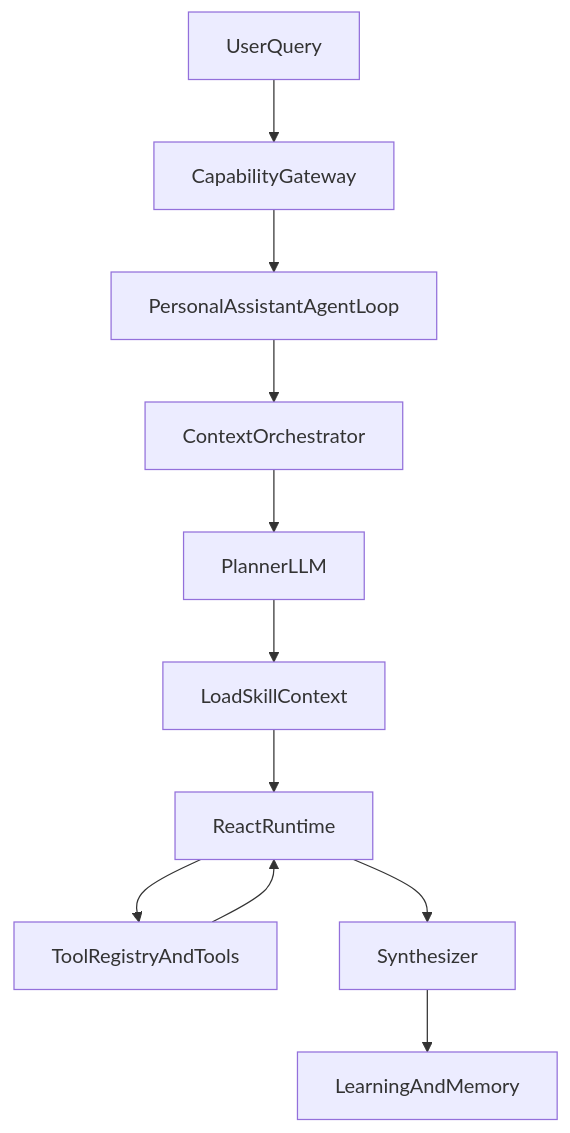
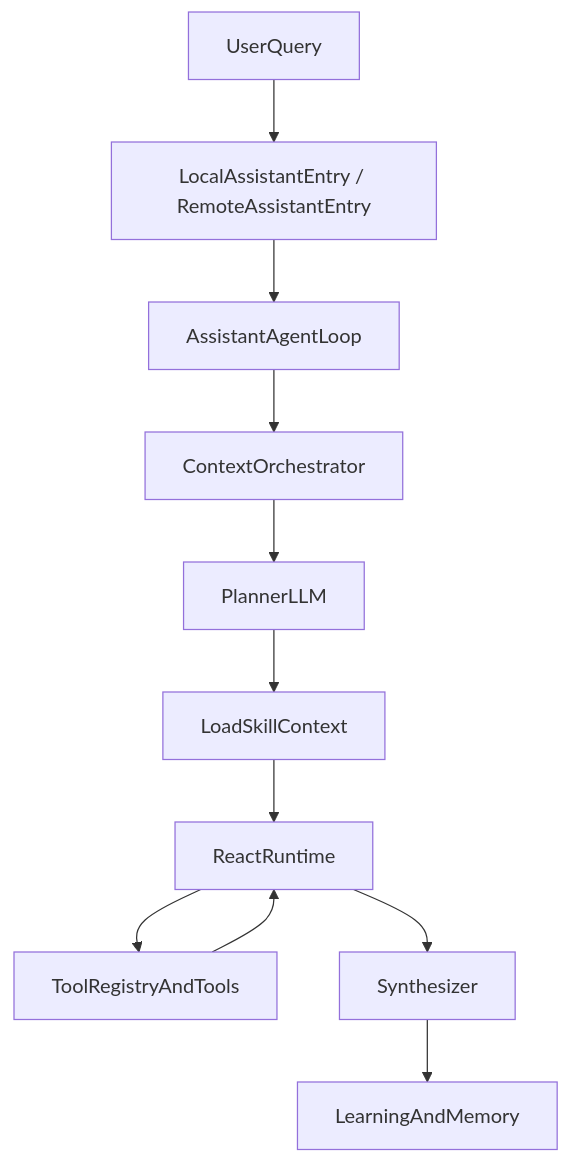
The diagram in quwoquan_app/assistant/docs/PERSONAL_ASSISTANT_ARCHITECTURE_AND_FLOW.md (openstudio2022/quwoquan), drawn with Mermaid before and after one commit. The commit also changed other lines of this file and 303 other files, not shown here.

````diff
--- a/quwoquan_app/assistant/docs/PERSONAL_ASSISTANT_ARCHITECTURE_AND_FLOW.md
+++ b/quwoquan_app/assistant/docs/PERSONAL_ASSISTANT_ARCHITECTURE_AND_FLOW.md
@@ -22,13 +22,13 @@
 ```mermaid
 flowchart TB
-    userInput[UserQuery] --> gateway[CapabilityGateway]
-    gateway --> loop[PersonalAssistantAgentLoop]
+    userInput[UserQuery] --> gateway[LocalAssistantEntry / RemoteAssistantEntry]
+    gateway --> loop[AssistantAgentLoop]
     loop --> context[ContextOrchestrator]
     context --> planner[PlannerLLM]
     planner --> skillLoad[LoadSkillContext]
     skillLoad --> react[ReactRuntime]
     react --> tools[ToolRegistryAndTools]
     tools --> react
     react --> synth[Synthesizer]
     synth --> memory[LearningAndMemory]
 ```
````
